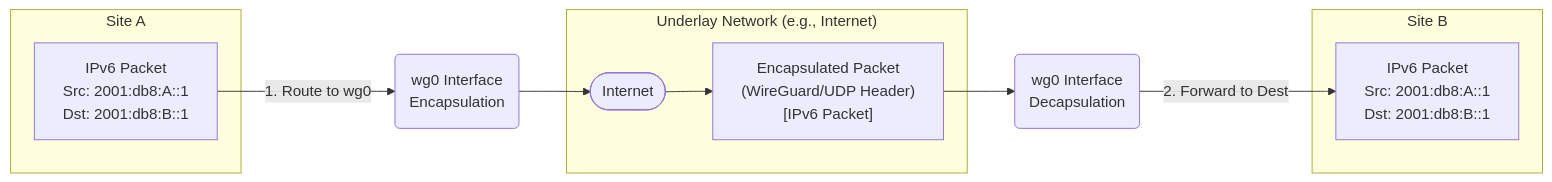
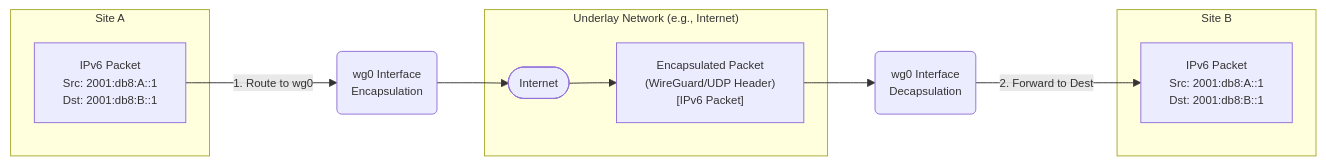
The sixth of 7 diagrams in Secure-Sonic-WAN/secure-sonic-wan2.md (yonz2/sonic-wan), drawn with Mermaid before and after one commit. The commit also changed other lines of this file and 1 other file, not shown here.

````diff
--- a/Secure-Sonic-WAN/secure-sonic-wan2.md
+++ b/Secure-Sonic-WAN/secure-sonic-wan2.md
@@ -332,21 +337,22 @@
 ```mermaid
+%%{init: {'theme':'default', 'themeVariables': { 'fontSize':'12px'}, 'sequence': {'width':530}}}%%
 graph LR
     subgraph "Site A"
         Pkt_Orig["IPv6 Packet <br> Src: 2001:db8:A::1 <br> Dst: 2001:db8:B::1"]
     end
 
     subgraph "Underlay Network (e.g., Internet)"
         Pkt_Encap["Encapsulated Packet <br> (WireGuard/UDP Header) <br> [IPv6 Packet]"]
         Internet_Underlay(["Internet"])
     end
 
     subgraph "Site B"
         Pkt_Final["IPv6 Packet <br> Src: 2001:db8:A::1 <br> Dst: 2001:db8:B::1"]
     end
 
     Pkt_Orig -- "1. Route to wg0" --> WG_A("wg0 Interface <br> Encapsulation")
     WG_A --> Internet_Underlay
     Internet_Underlay --> Pkt_Encap
     Pkt_Encap --> WG_B("wg0 Interface <br> Decapsulation")
     WG_B -- "2. Forward to Dest" --> Pkt_Final
 ```
````
